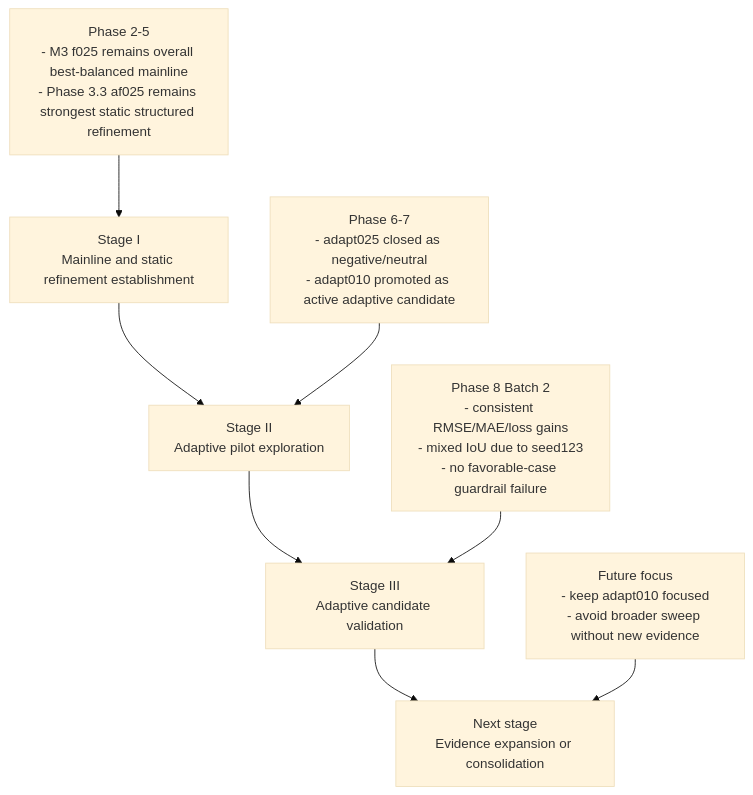
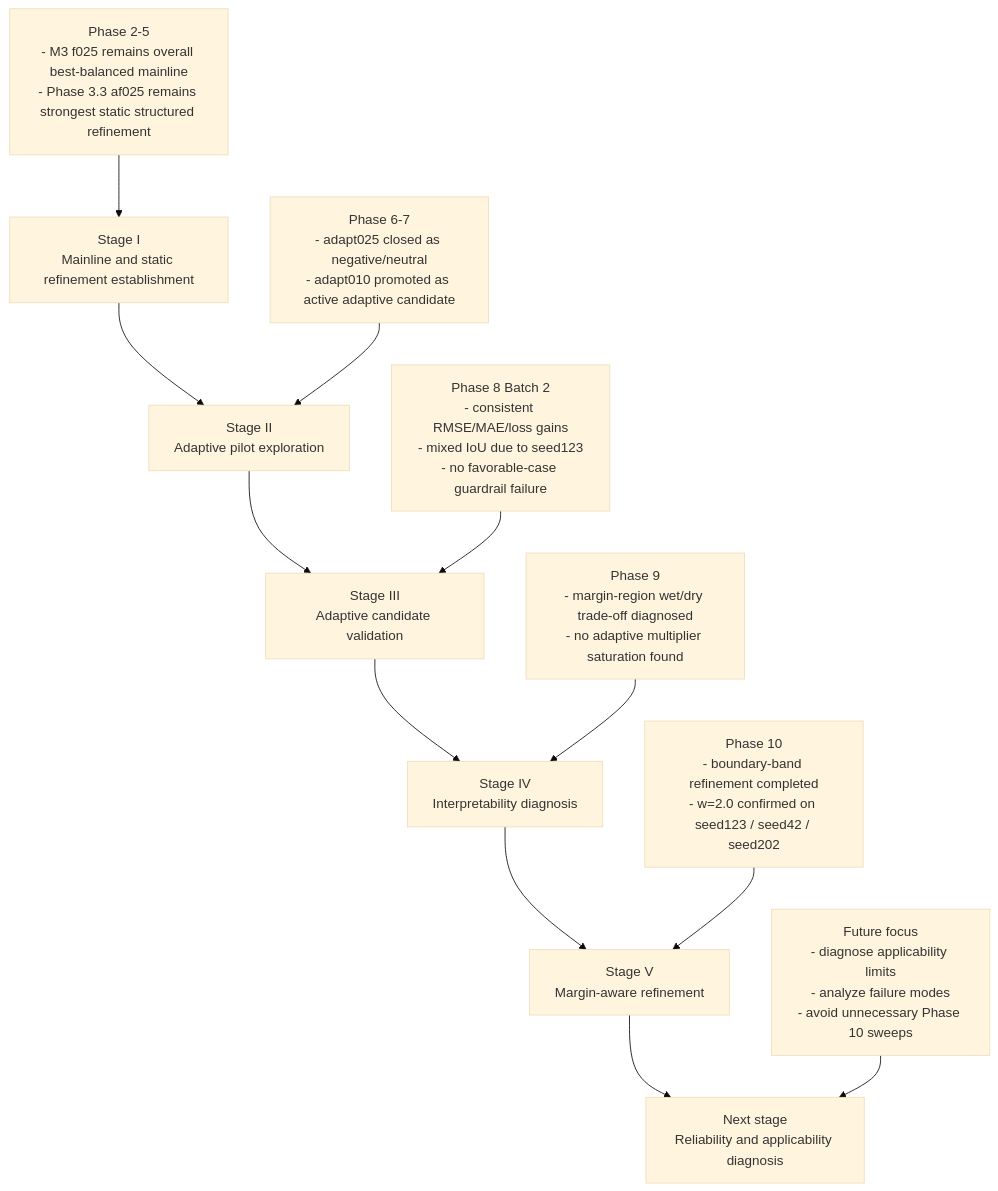
Before and after one commit to HolyLin990604/physics-guided-urban-flood-prediction: the third of 3 diagrams in README.md, drawn with Mermaid (base theme). The commit also changed other lines of this file and 2 other files, not shown here.

Commit message:
docs: sync phase10 consolidation status

````diff
--- a/README.md
+++ b/README.md
@@ -140,11 +149,15 @@
 ```mermaid
 flowchart TD
     A[Stage I<br/>Mainline and static refinement establishment] --> B[Stage II<br/>Adaptive pilot exploration]
     B --> C[Stage III<br/>Adaptive candidate validation]
-    C --> D[Next stage<br/>Evidence expansion or consolidation]
+    C --> D[Stage IV<br/>Interpretability diagnosis]
+    D --> E[Stage V<br/>Margin-aware refinement]
+    E --> F[Next stage<br/>Reliability and applicability diagnosis]
 
     A1[Phase 2-5<br/>- M3 f025 remains overall best-balanced mainline<br/>- Phase 3.3 af025 remains strongest static structured refinement] --> A
     B1[Phase 6-7<br/>- adapt025 closed as negative/neutral<br/>- adapt010 promoted as active adaptive candidate] --> B
     C1[Phase 8 Batch 2<br/>- consistent RMSE/MAE/loss gains<br/>- mixed IoU due to seed123<br/>- no favorable-case guardrail failure] --> C
-    D1[Future focus<br/>- keep adapt010 focused<br/>- avoid broader sweep without new evidence] --> D
+    D1[Phase 9<br/>- margin-region wet/dry trade-off diagnosed<br/>- no adaptive multiplier saturation found] --> D
+    E1[Phase 10<br/>- boundary-band refinement completed<br/>- w=2.0 confirmed on seed123 / seed42 / seed202] --> E
+    F1[Future focus<br/>- diagnose applicability limits<br/>- analyze failure modes<br/>- avoid unnecessary Phase 10 sweeps] --> F
 ```
````
